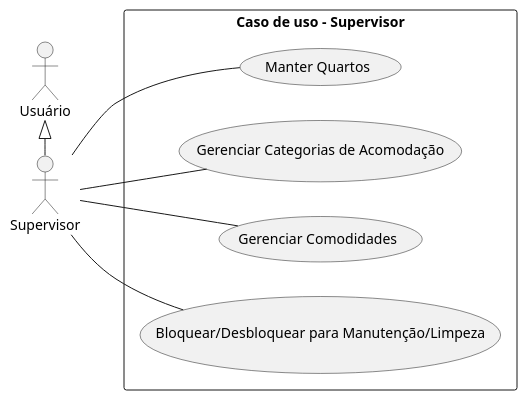
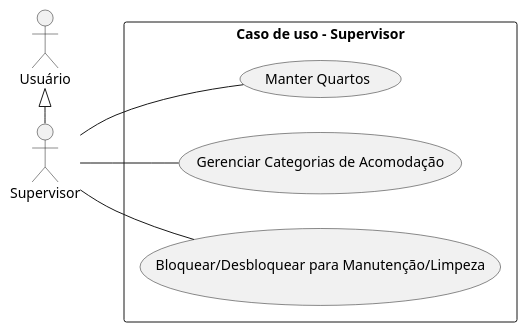
One commit to gusjjpv/serro-hotelaria changed the diagram in diagramas/UC3_supervisor.iuml. Above: the diagram before and after it, drawn with PlantUML. The commit also changed 1 other file, not shown here.

```diff
--- a/diagramas/UC3_supervisor.iuml
+++ b/diagramas/UC3_supervisor.iuml
@@ -1,21 +1,19 @@
 @startuml
 left to right direction
 
 actor "Usuário" as usuario
 actor "Supervisor" as supervisor
 
 rectangle "Caso de uso - Supervisor" {
     usecase "Manter Quartos" as uc13
     usecase "Gerenciar Categorias de Acomodação" as uc14
-    usecase "Gerenciar Comodidades" as uc15
     usecase "Bloquear/Desbloquear para Manutenção/Limpeza" as uc16
 
 
     supervisor -- uc13
     supervisor -- uc14
-    supervisor -- uc15
     supervisor -- uc16
 
     usuario <|-right- supervisor
 }
 @enduml
```
